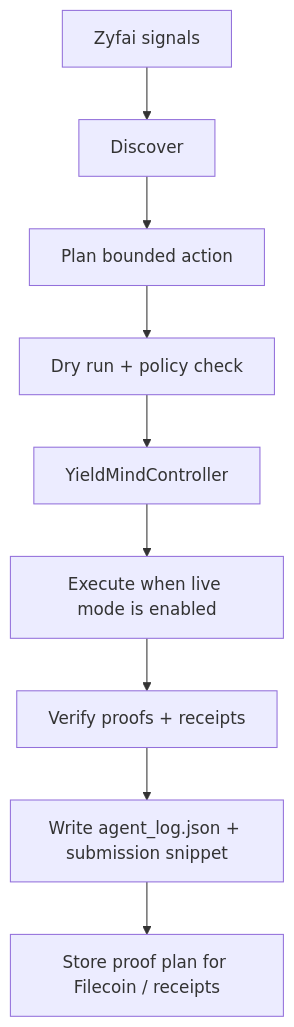
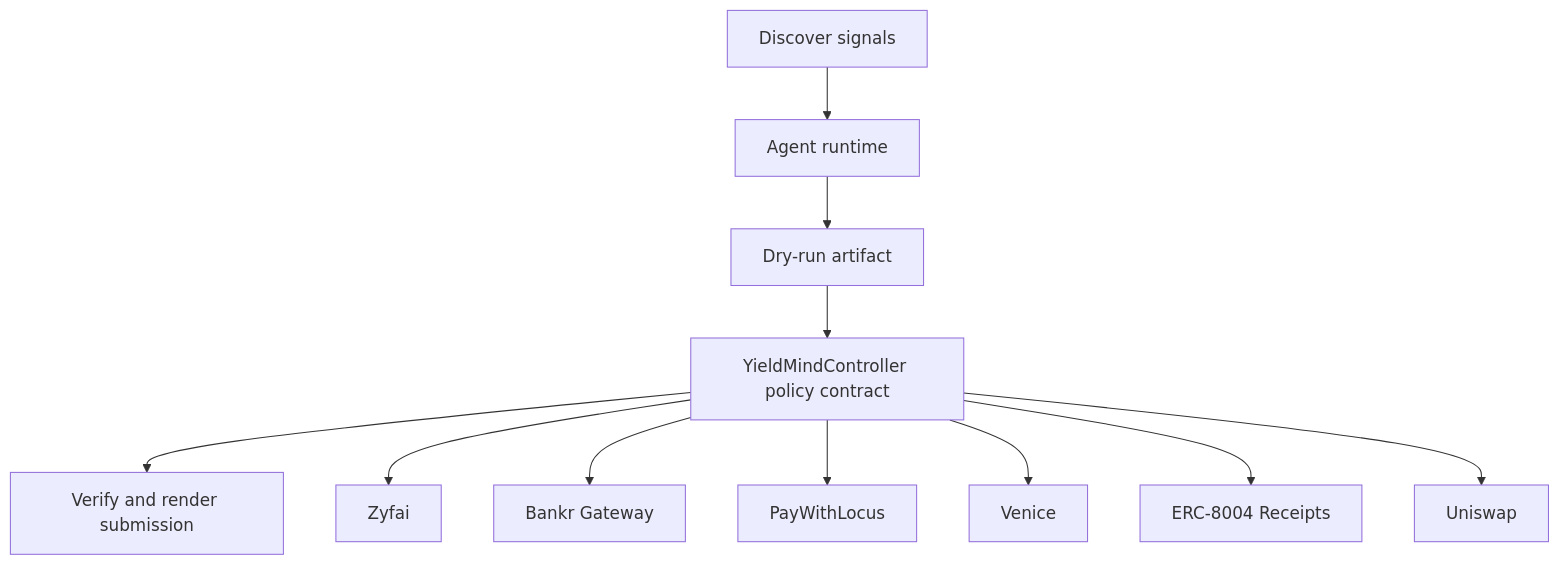
Before and after one commit to CrystallineButterfly/Synthesis-Zyfai: the diagram in docs/architecture.mmd, drawn with Mermaid. The commit also changed 998 other files, not shown here.

Commit message:
Implement bounded agent runtime

```diff
--- a/docs/architecture.mmd
+++ b/docs/architecture.mmd
@@ -1,9 +1,13 @@
 flowchart TD
-    Signals[Zyfai signals] --> Discover[Discover]
-    Discover --> Plan[Plan bounded action]
-    Plan --> DryRun[Dry run + policy check]
-    DryRun --> Guard[YieldMindController]
-    Guard --> Execute[Execute when live mode is enabled]
-    Execute --> Verify[Verify proofs + receipts]
-    Verify --> Persist[Write agent_log.json + submission snippet]
-    Persist --> Storage[Store proof plan for Filecoin / receipts]
+    Signals[Discover signals]
+    Planner[Agent runtime]
+    DryRun[Dry-run artifact]
+    Contract[YieldMindController policy contract]
+    Verify[Verify and render submission]
+    Signals --> Planner --> DryRun --> Contract --> Verify
+    Contract --> zyfai[Zyfai]
+    Contract --> bankr_gateway[Bankr Gateway]
+    Contract --> paywithlocus[PayWithLocus]
+    Contract --> venice[Venice]
+    Contract --> erc_8004_receipts[ERC-8004 Receipts]
+    Contract --> uniswap[Uniswap]
```
